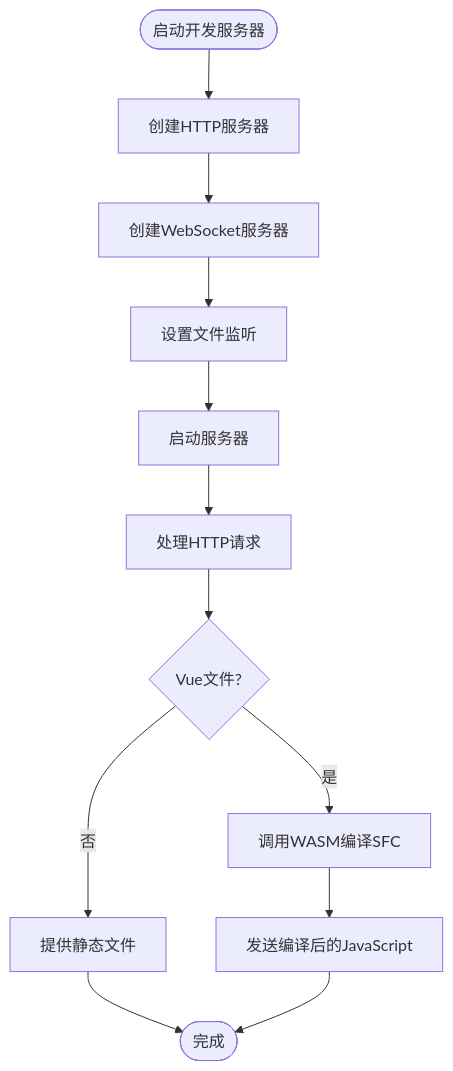
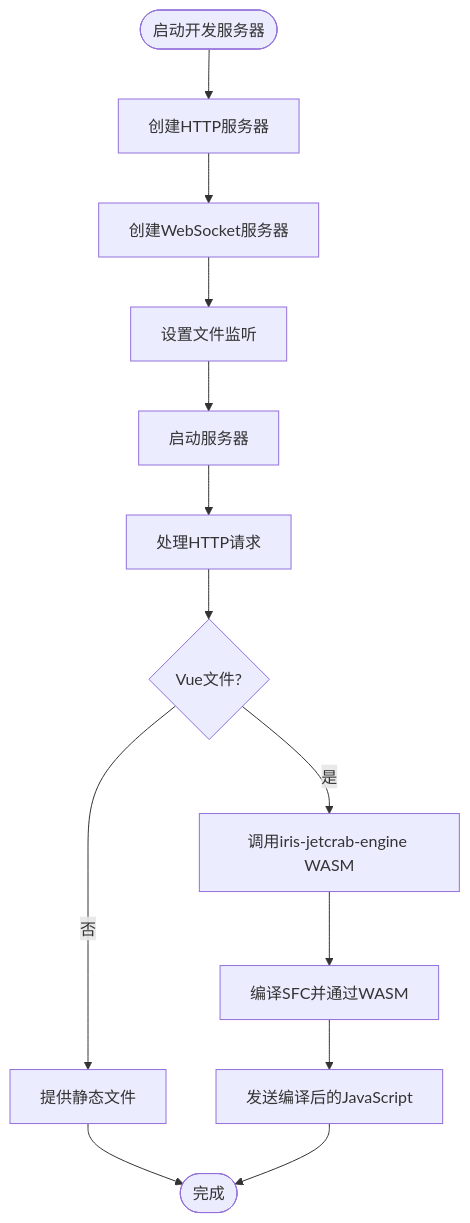
One commit to itszzl-sudo/iris changed the tenth of 13 diagrams in .qoder/repowiki/zh/content/核心功能特性/工程化与商业化能力/测试框架与基础设施/Iris Runtime CLI工具.md. Above: the diagram before and after it, drawn with Mermaid. The commit also changed other lines of this file and 11 other files, not shown here.

First line of the commit message:
feat: 实现 iris-jetcrab-engine WASM 导出接口

````diff
--- a/.qoder/repowiki/zh/content/核心功能特性/工程化与商业化能力/测试框架与基础设施/Iris Runtime CLI工具.md
+++ b/.qoder/repowiki/zh/content/核心功能特性/工程化与商业化能力/测试框架与基础设施/Iris Runtime CLI工具.md
@@ -496,14 +515,15 @@
 ```mermaid
 flowchart TD
 Start([启动开发服务器]) --> CreateHTTP["创建HTTP服务器"]
 CreateHTTP --> CreateWebSocket["创建WebSocket服务器"]
 CreateWebSocket --> WatchFiles["设置文件监听"]
 WatchFiles --> StartServer["启动服务器"]
 StartServer --> HandleRequest["处理HTTP请求"]
 HandleRequest --> CheckVue{"Vue文件?"}
-CheckVue --> |是| CompileSFC["调用WASM编译SFC"]
+CheckVue --> |是| CallWASM["调用iris-jetcrab-engine WASM"]
 CheckVue --> |否| ServeStatic["提供静态文件"]
+CallWASM --> CompileSFC["编译SFC并通过WASM"]
 CompileSFC --> SendJS["发送编译后的JavaScript"]
 ServeStatic --> End([完成])
 SendJS --> End
 ```
````
